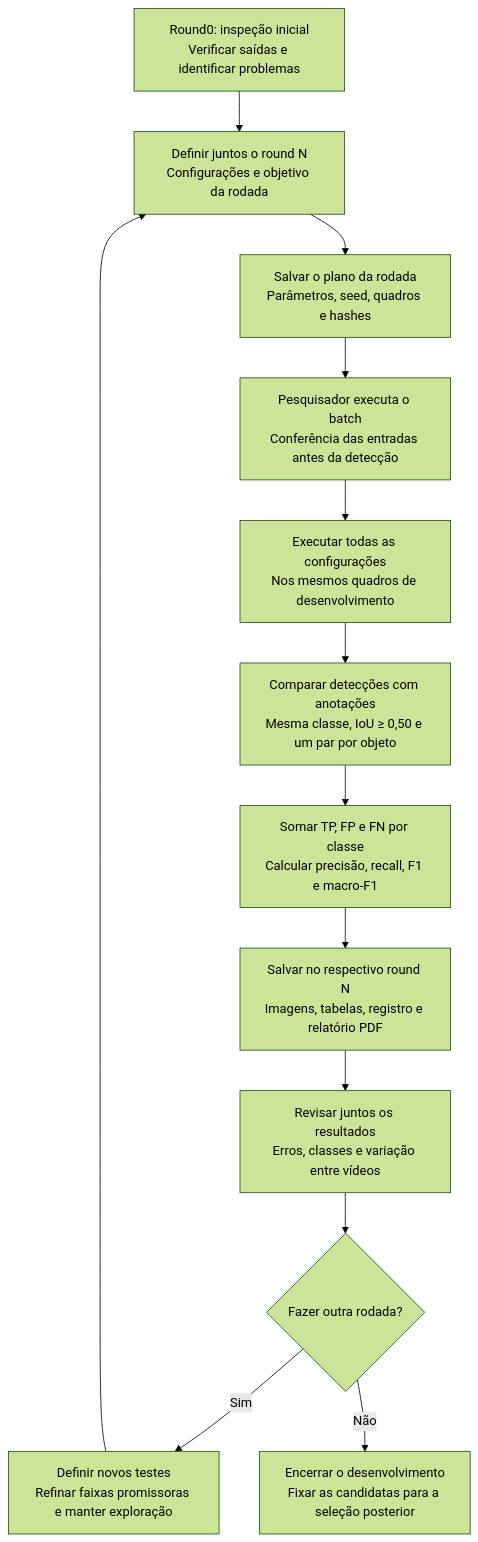
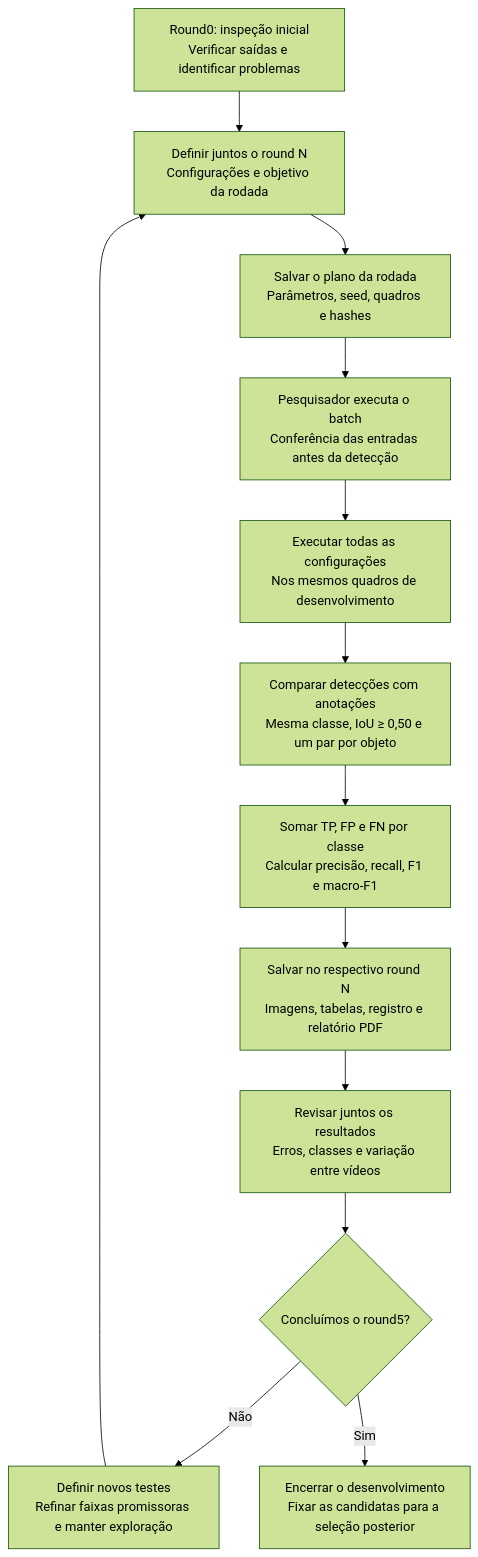
One commit to LeandroJerse/visem-sperm-tracking changed the diagram in analise/protocolo_rodadas.md. Above: the diagram before and after it, drawn with Mermaid (forest theme). The commit also changed other lines of this file and 6 other files, not shown here.

````diff
--- a/analise/protocolo_rodadas.md
+++ b/analise/protocolo_rodadas.md
@@ -13,19 +18,19 @@
 ```mermaid
 flowchart TD
     I["Round0: inspeção inicial<br/>Verificar saídas e identificar problemas"]
     P["Definir juntos o round N<br/>Configurações e objetivo da rodada"]
     F["Salvar o plano da rodada<br/>Parâmetros, seed, quadros e hashes"]
     E["Pesquisador executa o batch<br/>Conferência das entradas antes da detecção"]
     D["Executar todas as configurações<br/>Nos mesmos quadros de desenvolvimento"]
     A["Comparar detecções com anotações<br/>Mesma classe, IoU ≥ 0,50 e um par por objeto"]
     M["Somar TP, FP e FN por classe<br/>Calcular precisão, recall, F1 e macro-F1"]
     S["Salvar no respectivo round N<br/>Imagens, tabelas, registro e relatório PDF"]
     R["Revisar juntos os resultados<br/>Erros, classes e variação entre vídeos"]
-    Q{"Fazer outra rodada?"}
+    Q{"Concluímos o round5?"}
     N["Definir novos testes<br/>Refinar faixas promissoras e manter exploração"]
     C["Encerrar o desenvolvimento<br/>Fixar as candidatas para a seleção posterior"]
 
     I --> P --> F --> E --> D --> A --> M --> S --> R --> Q
-    Q -->|Sim| N --> P
-    Q -->|Não| C
+    Q -->|Não| N --> P
+    Q -->|Sim| C
 ```
````
